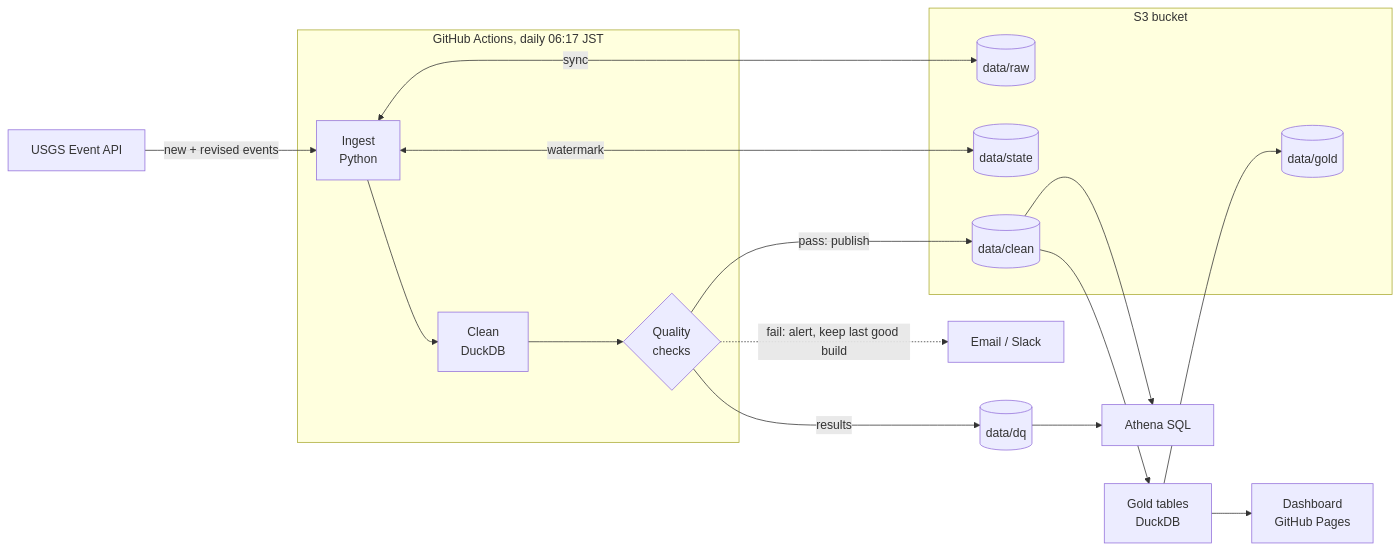
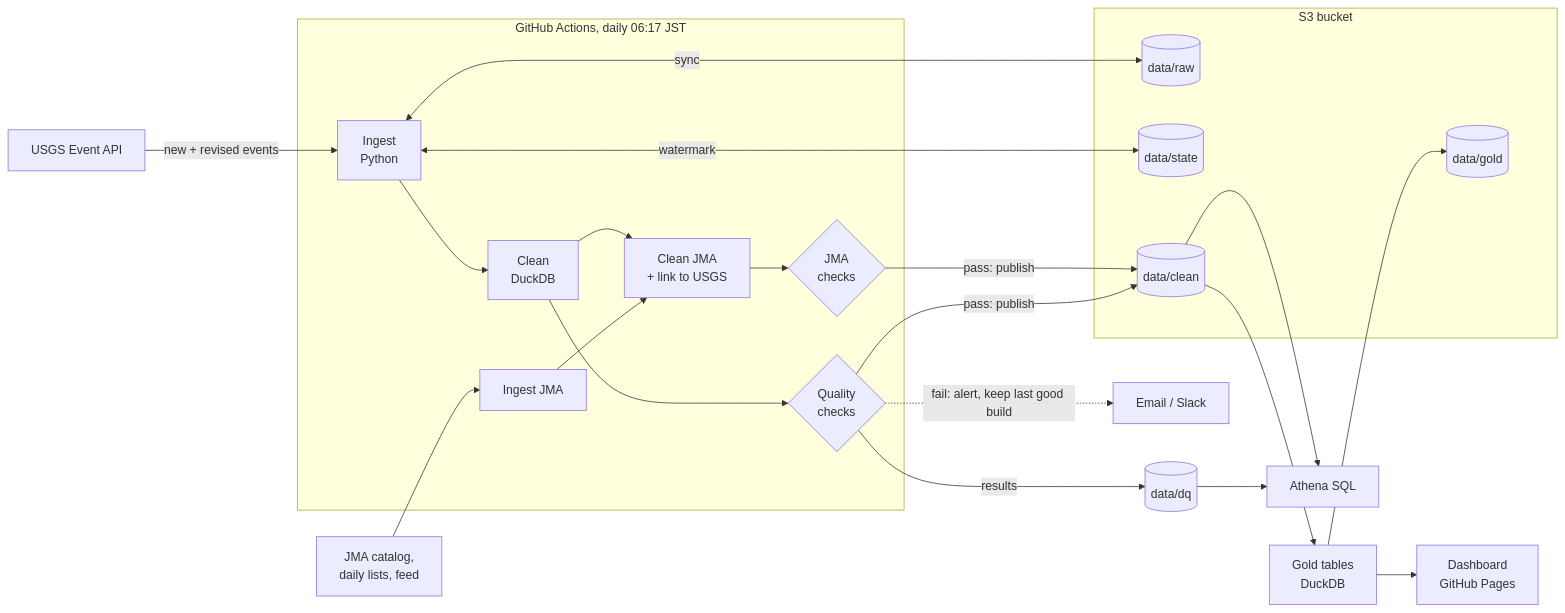
The diagram in README.md (grbohanec/quake-pipeline), drawn with Mermaid before and after one commit. The commit also changed other lines of this file and 20 other files, not shown here.

First line of the commit message:
Add JMA as a second data source, linked to USGS

````diff
--- a/README.md
+++ b/README.md
@@ -14,25 +14,29 @@
 ```mermaid
 flowchart LR
     usgs[USGS Event API] -->|new + revised events| ingest
+    jma[JMA catalog,<br/>daily lists, feed] --> ingestj
 
     subgraph gha [GitHub Actions, daily 06:17 JST]
         ingest[Ingest<br/>Python] --> clean[Clean<br/>DuckDB] --> dq{Quality<br/>checks}
+        ingestj[Ingest JMA] --> cleanj[Clean JMA<br/>+ link to USGS] --> dqj{JMA<br/>checks}
+        clean --> cleanj
     end
 
     subgraph s3 [S3 bucket]
         raw[(data/raw)]
         state[(data/state)]
         cleaned[(data/clean)]
         goldl[(data/gold)]
     end
 
     ingest <-->|sync| raw
     ingest <-->|watermark| state
     dq -->|pass: publish| cleaned
+    dqj -->|pass: publish| cleaned
     dq -.->|fail: alert, keep last good build| alert[Email / Slack]
     dq -->|results| dqres[(data/dq)]
     cleaned --> athena[Athena SQL]
     dqres --> athena
     cleaned --> gold[Gold tables<br/>DuckDB] --> goldl
     gold --> pages[Dashboard<br/>GitHub Pages]
 ```
````
